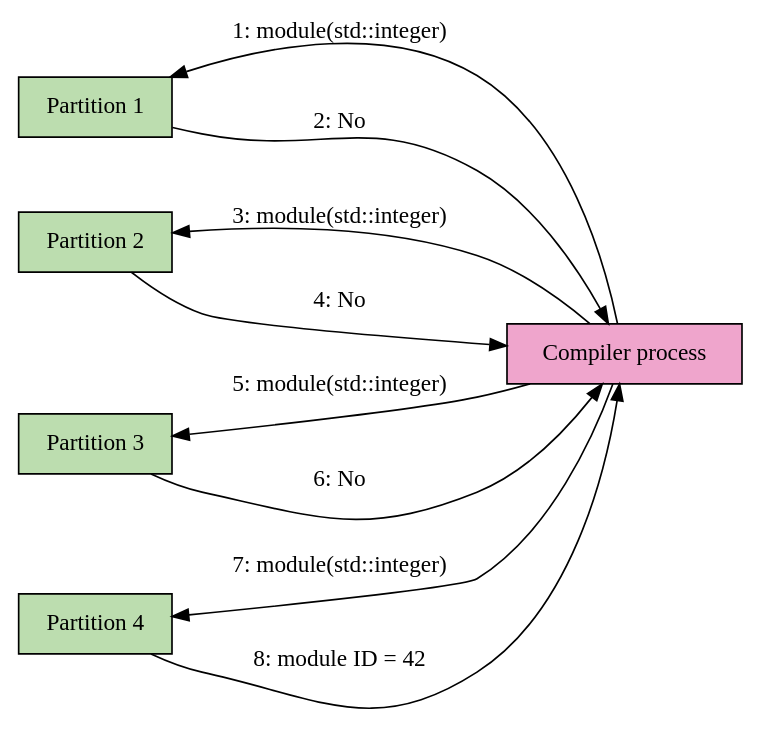
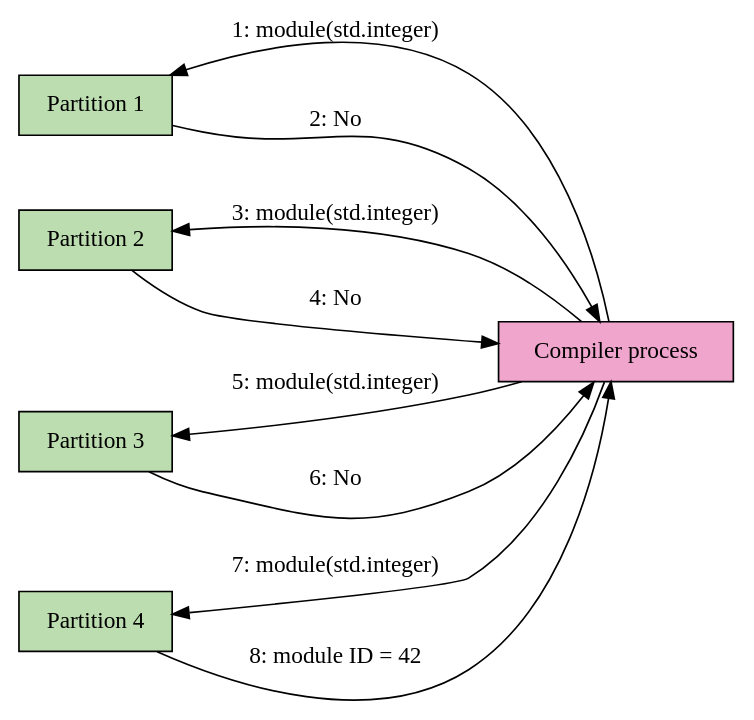
Before and after one commit to inko-lang/website: the diagram in source/images/september-2019-progress-report/modules.dot, drawn with Graphviz. The commit also changed 9 other files, not shown here.

```diff
--- a/source/images/september-2019-progress-report/modules.dot
+++ b/source/images/september-2019-progress-report/modules.dot
@@ -1,22 +1,22 @@
 digraph Flow {
     rankdir = RL
     node[shape=box]
 
     "Compiler process"[fillcolor="#EFA5CC" style=filled]
     "Partition 1"[fillcolor="#BCDDAF" style=filled]
     "Partition 2"[fillcolor="#BCDDAF" style=filled]
     "Partition 3"[fillcolor="#BCDDAF" style=filled]
     "Partition 4"[fillcolor="#BCDDAF" style=filled]
 
-    "Compiler process" -> "Partition 1"[label="1: module(std::integer)\n"]
+    "Compiler process" -> "Partition 1"[label="1: module(std.integer)\n"]
     "Partition 1" -> "Compiler process"[label="\n2: No"]
 
-    "Compiler process" -> "Partition 2"[label="\n3: module(std::integer)\n"]
+    "Compiler process" -> "Partition 2"[label="\n3: module(std.integer)\n"]
     "Partition 2" -> "Compiler process"[label="\n4: No"]
 
-    "Compiler process" -> "Partition 3"[label="\n5: module(std::integer)\n"]
+    "Compiler process" -> "Partition 3"[label="\n5: module(std.integer)\n"]
     "Partition 3" -> "Compiler process"[label="\n6: No"]
 
-    "Compiler process" -> "Partition 4"[label="\n7: module(std::integer)\n"]
+    "Compiler process" -> "Partition 4"[label="\n7: module(std.integer)\n"]
     "Partition 4" -> "Compiler process"[label="\n8: module ID = 42"]
 }
```
